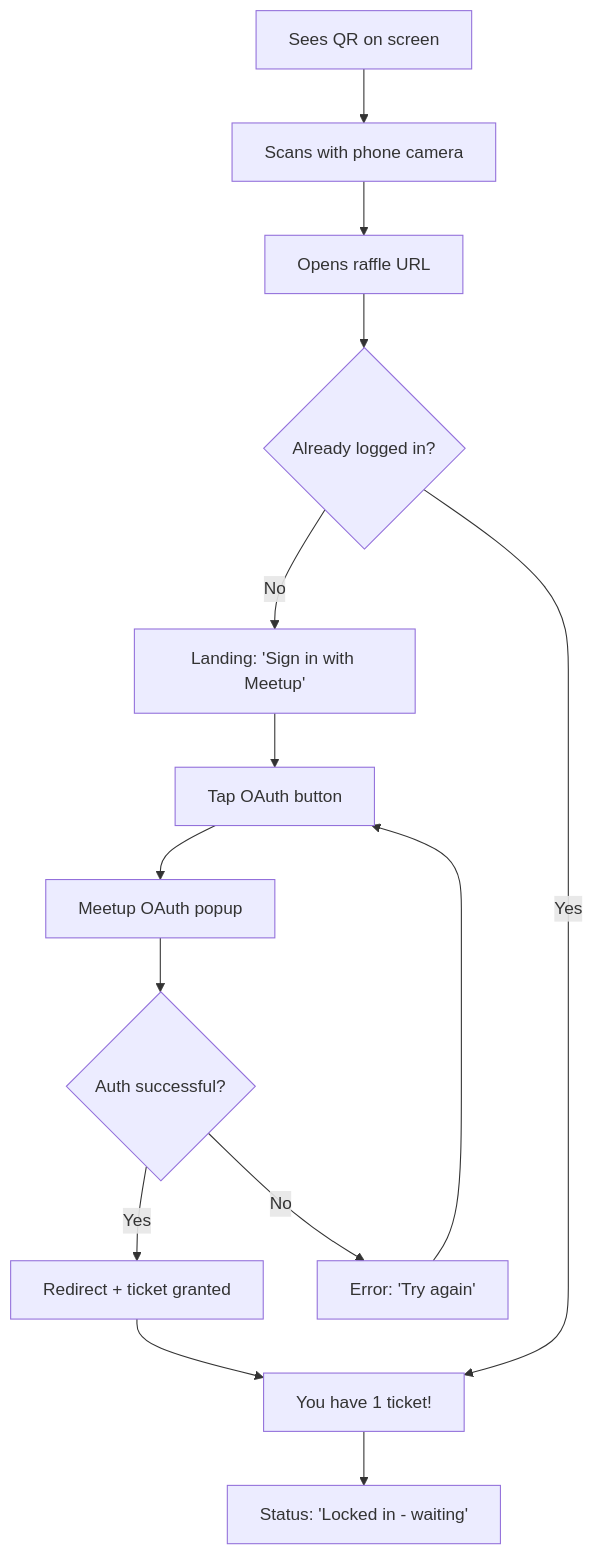
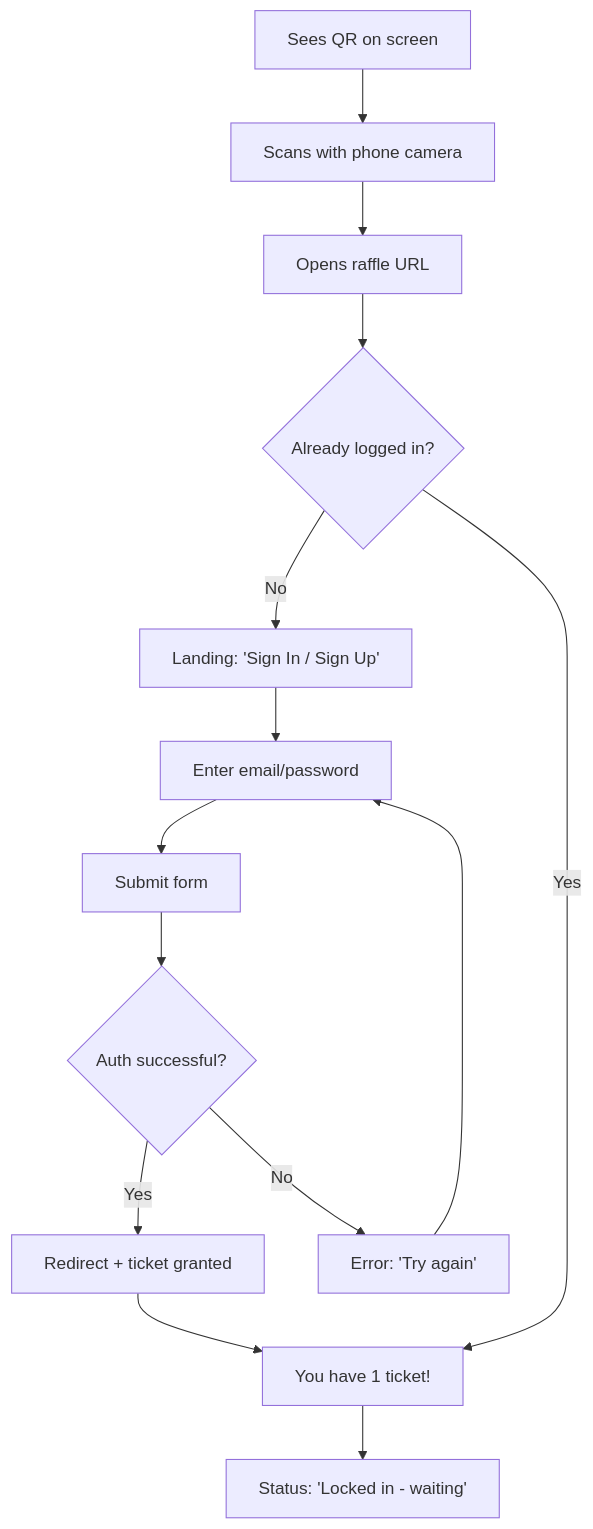
Before and after one commit to ServusFlutter/servus-raffle: the first of 3 diagrams in _bmad-output/project-planning-artifacts/ux-design-specification.md, drawn with Mermaid. The commit also changed other lines of this file and 3 other files, not shown here.

First line of the commit message:
Pivot auth from Meetup OAuth to email/password

````diff
--- a/_bmad-output/project-planning-artifacts/ux-design-specification.md
+++ b/_bmad-output/project-planning-artifacts/ux-design-specification.md
@@ -635,16 +635,16 @@
 ```mermaid
 flowchart TD
     A[Sees QR on screen] --> B[Scans with phone camera]
     B --> C[Opens raffle URL]
     C --> D{Already logged in?}
-    D -->|No| E[Landing: 'Sign in with Meetup']
+    D -->|No| E[Landing: 'Sign In / Sign Up']
     D -->|Yes| J[Dashboard with ticket count]
-    E --> F[Tap OAuth button]
-    F --> G[Meetup OAuth popup]
+    E --> F[Enter email/password]
+    F --> G[Submit form]
     G --> H{Auth successful?}
     H -->|Yes| I[Redirect + ticket granted]
     H -->|No| K[Error: 'Try again']
     K --> F
     I --> J["You have 1 ticket!"]
     J --> L[Status: 'Locked in - waiting']
 ```
````
